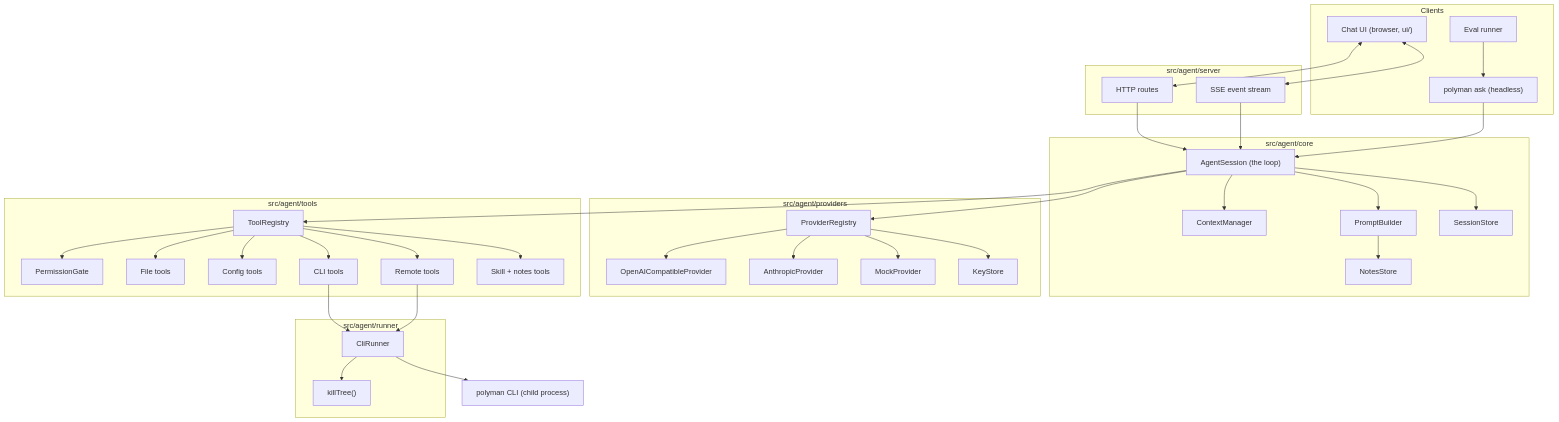
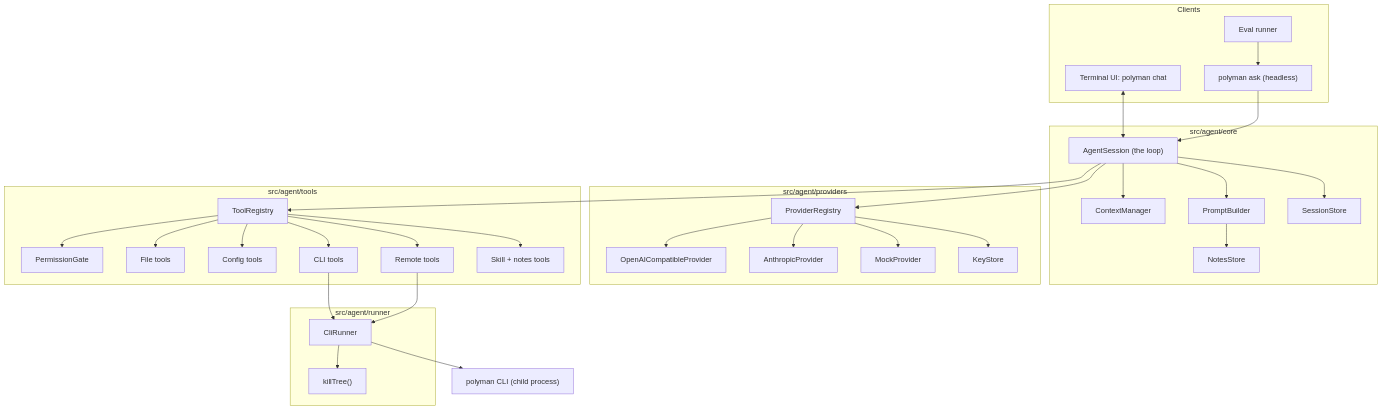
One commit to Ahmad-Faraj/polyman changed the first of 6 diagrams in design/agent/01-architecture.md. Above: the diagram before and after it, drawn with Mermaid. The commit also changed other lines of this file and 9 other files, not shown here.

First line of the commit message:
docs: switch the agent chat to a terminal UI

````diff
--- a/design/agent/01-architecture.md
+++ b/design/agent/01-architecture.md
@@ -7,73 +7,66 @@
 ```mermaid
+%%{init: {"flowchart": {"htmlLabels": false}} }%%
 flowchart TB
   subgraph clients["Clients"]
-    webui["Chat UI (browser, ui/)"]
+    tui["Terminal UI: polyman chat"]
     ask["polyman ask (headless)"]
     evals["Eval runner"]
-  end
-
-  subgraph server["src/agent/server"]
-    http["HTTP routes"]
-    sse["SSE event stream"]
   end
 
   subgraph core["src/agent/core"]
     session["AgentSession (the loop)"]
     ctx["ContextManager"]
     prompt["PromptBuilder"]
     store["SessionStore"]
     notes["NotesStore"]
   end
 
   subgraph providers["src/agent/providers"]
     registry["ProviderRegistry"]
     oa["OpenAICompatibleProvider"]
     an["AnthropicProvider"]
     mock["MockProvider"]
     keys["KeyStore"]
   end
 
   subgraph tools["src/agent/tools"]
     treg["ToolRegistry"]
     perm["PermissionGate"]
     fst["File tools"]
     cfgt["Config tools"]
     clit["CLI tools"]
     remt["Remote tools"]
     skt["Skill + notes tools"]
   end
 
   subgraph runner["src/agent/runner"]
     cr["CliRunner"]
     kill["killTree()"]
   end
 
   cli["polyman CLI (child process)"]
 
-  webui <--> http
-  webui <--> sse
-  http --> session
-  sse --> session
+  tui <--> session
   ask --> session
   evals --> ask
   session --> ctx
   session --> prompt
   session --> store
   session --> registry
   session --> treg
   prompt --> notes
   registry --> oa
   registry --> an
   registry --> mock
   registry --> keys
   treg --> perm
   treg --> fst
   treg --> cfgt
   treg --> clit
   treg --> remt
   treg --> skt
   clit --> cr
   remt --> cr
   cr --> kill
   cr --> cli
 ```
````
